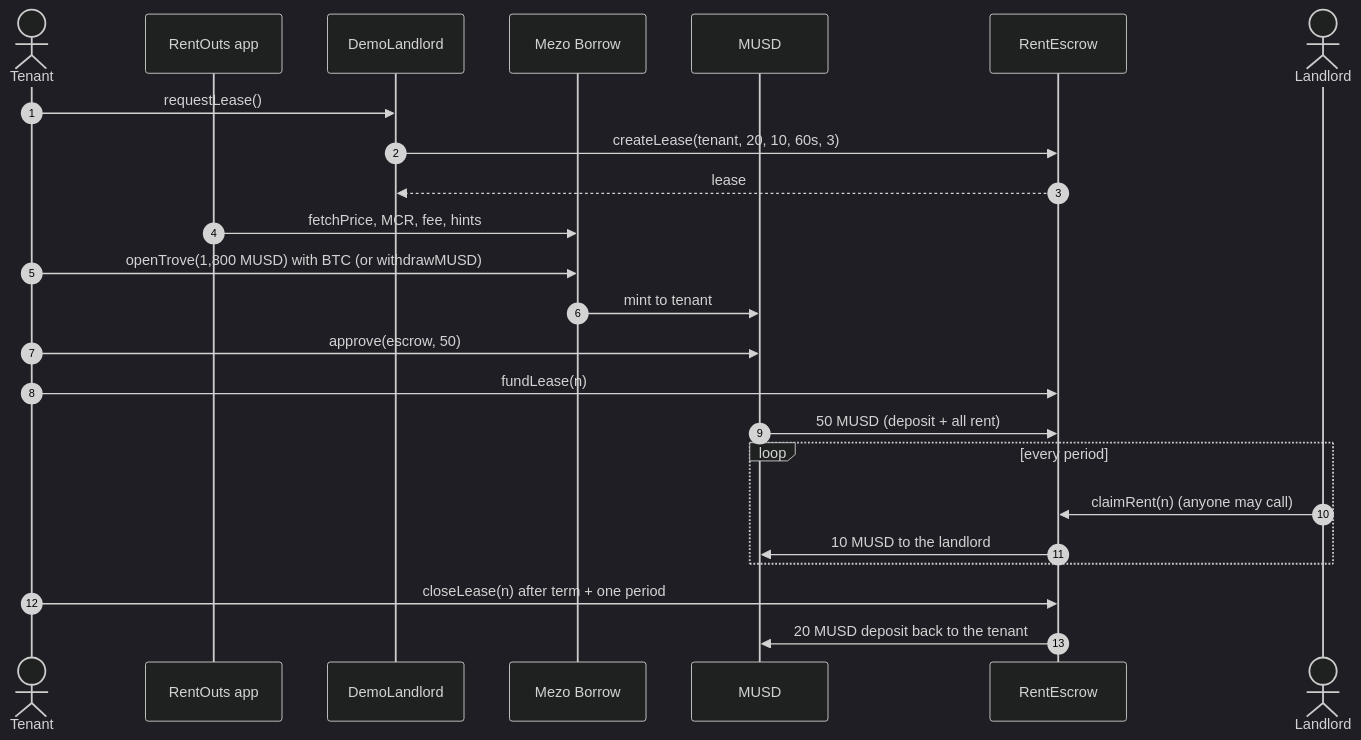
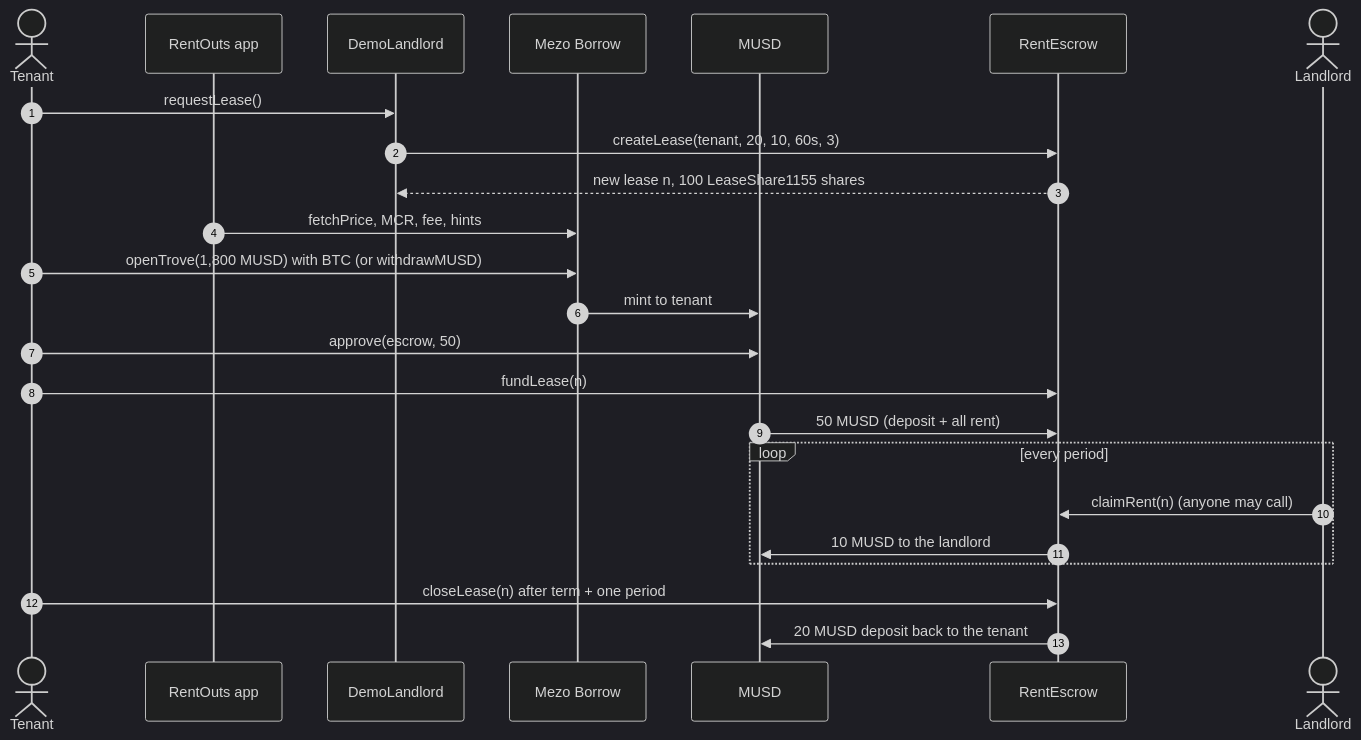
The second of 3 diagrams in README.md (AiAlchemist0/rentouts-musd), drawn with Mermaid (dark theme) before and after one commit. The commit also changed other lines of this file, not shown here.

Commit message:
docs: left-to-right system map; fix sequence label

````diff
--- a/README.md
+++ b/README.md
@@ -103,27 +101,27 @@
 ```mermaid
 sequenceDiagram
     autonumber
     actor Tenant
     participant App as RentOuts app
     participant DL as DemoLandlord
     participant Mezo as Mezo Borrow
     participant MUSD
     participant Escrow as RentEscrow
     actor Landlord
 
     Tenant->>DL: requestLease()
     DL->>Escrow: createLease(tenant, 20, 10, 60s, 3)
-    Escrow-->>DL: lease #n + 100 LeaseShare1155 shares
+    Escrow-->>DL: new lease n, 100 LeaseShare1155 shares
     App->>Mezo: fetchPrice, MCR, fee, hints
     Tenant->>Mezo: openTrove(1,800 MUSD) with BTC (or withdrawMUSD)
     Mezo->>MUSD: mint to tenant
     Tenant->>MUSD: approve(escrow, 50)
     Tenant->>Escrow: fundLease(n)
     MUSD->>Escrow: 50 MUSD (deposit + all rent)
     loop every period
         Landlord->>Escrow: claimRent(n) (anyone may call)
         Escrow->>MUSD: 10 MUSD to the landlord
     end
     Tenant->>Escrow: closeLease(n) after term + one period
     Escrow->>MUSD: 20 MUSD deposit back to the tenant
 ```
````
